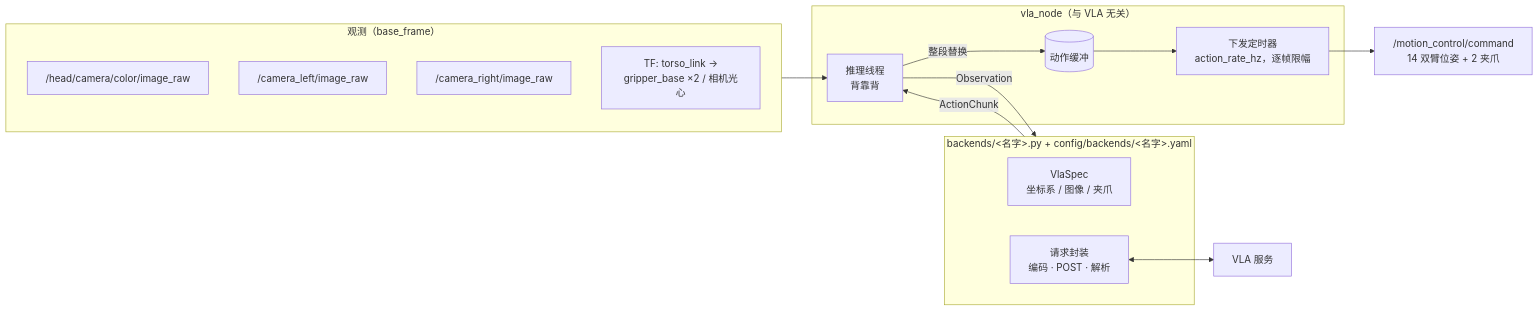
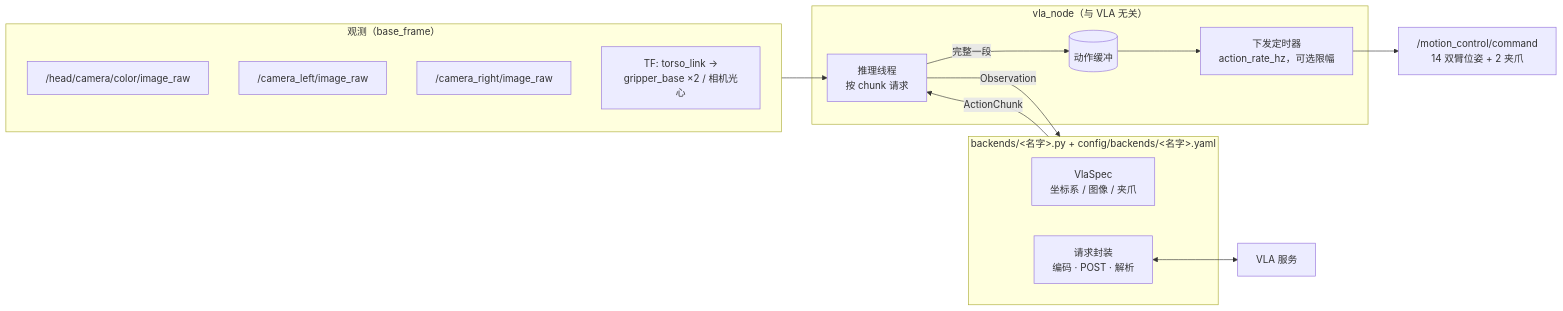
Before and after one commit to yizhongzhang1989/Unitree_G1_Workspace: the diagram in src/g1_vla_bridge/README.md, drawn with Mermaid. The commit also changed other lines of this file and 16 other files, not shown here.

````diff
--- a/src/g1_vla_bridge/README.md
+++ b/src/g1_vla_bridge/README.md
@@ -20,28 +20,28 @@
 ```mermaid
 flowchart LR
     subgraph obs["观测（base_frame）"]
         head["/head/camera/color/image_raw"]
         wl["/camera_left/image_raw"]
         wr["/camera_right/image_raw"]
         tf["TF: torso_link →<br/>gripper_base ×2 / 相机光心"]
     end
 
     subgraph node["vla_node（与 VLA 无关）"]
-        worker["推理线程<br/>背靠背"]
+        worker["推理线程<br/>按 chunk 请求"]
         buffer[("动作缓冲")]
-        timer["下发定时器<br/>action_rate_hz，逐帧限幅"]
+        timer["下发定时器<br/>action_rate_hz，可选限幅"]
     end
 
     subgraph be["backends/&lt;名字&gt;.py + config/backends/&lt;名字&gt;.yaml"]
         spec["VlaSpec<br/>坐标系 / 图像 / 夹爪"]
         wire["请求封装<br/>编码 · POST · 解析"]
     end
 
     obs --> worker
     worker -- Observation --> be
     be -- ActionChunk --> worker
     wire <--> vla["VLA 服务"]
-    worker -- 整段替换 --> buffer
+    worker -- 完整一段 --> buffer
     buffer --> timer
     timer --> mc["/motion_control/command<br/>14 双臂位姿 + 2 夹爪"]
 ```
````
